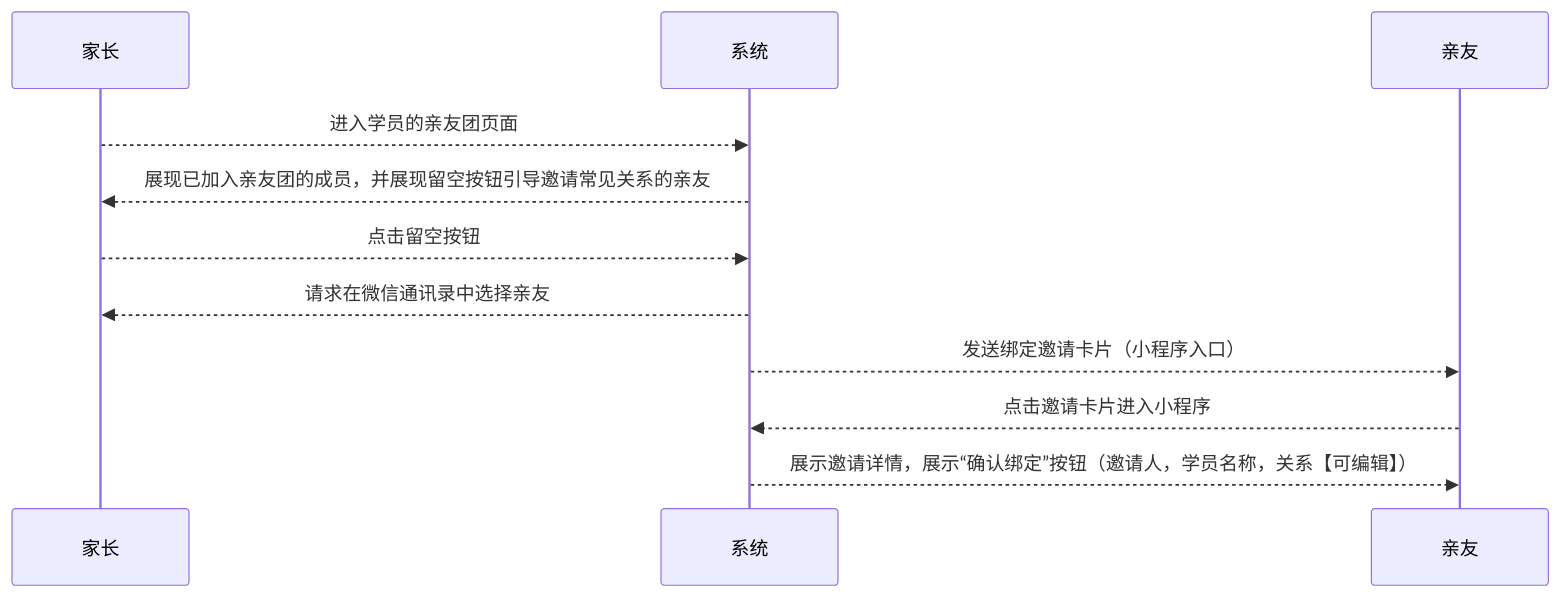
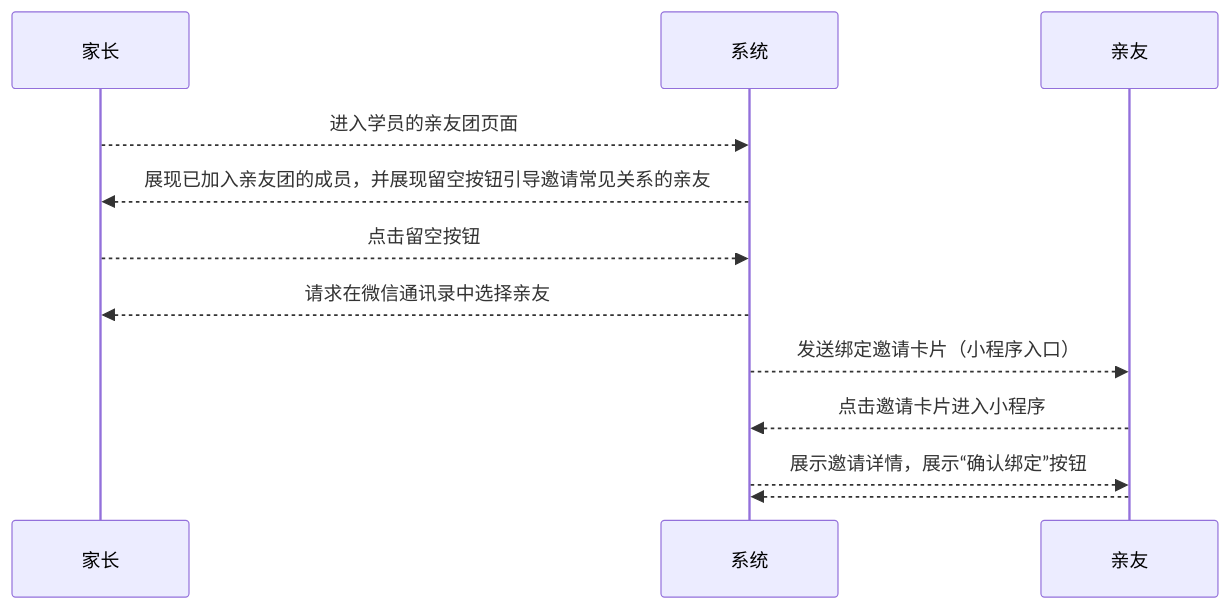
Before and after one commit to world-wide-web/sign: the first of 2 diagrams in 用例/家长-学员关系绑定.md, drawn with Mermaid. The commit also changed other lines of this file, not shown here.

````diff
--- a/用例/家长-学员关系绑定.md
+++ b/用例/家长-学员关系绑定.md
@@ -10,18 +10,20 @@
 ```mermaid
 sequenceDiagram
 
 家长-->>系统: 进入学员的亲友团页面
 
 系统-->>家长: 展现已加入亲友团的成员，并展现留空按钮引导邀请常见关系的亲友
 
 家长-->>系统: 点击留空按钮
 
 系统-->>家长: 请求在微信通讯录中选择亲友
 
 系统-->>亲友: 发送绑定邀请卡片（小程序入口）
 
 亲友-->>系统: 点击邀请卡片进入小程序
 
-系统-->>亲友: 展示邀请详情，展示“确认绑定”按钮（邀请人，学员名称，关系【可编辑】）
+系统-->>亲友: 展示邀请详情，展示“确认绑定”按钮
+
+亲友-->>系统: 
 
 ```
````
